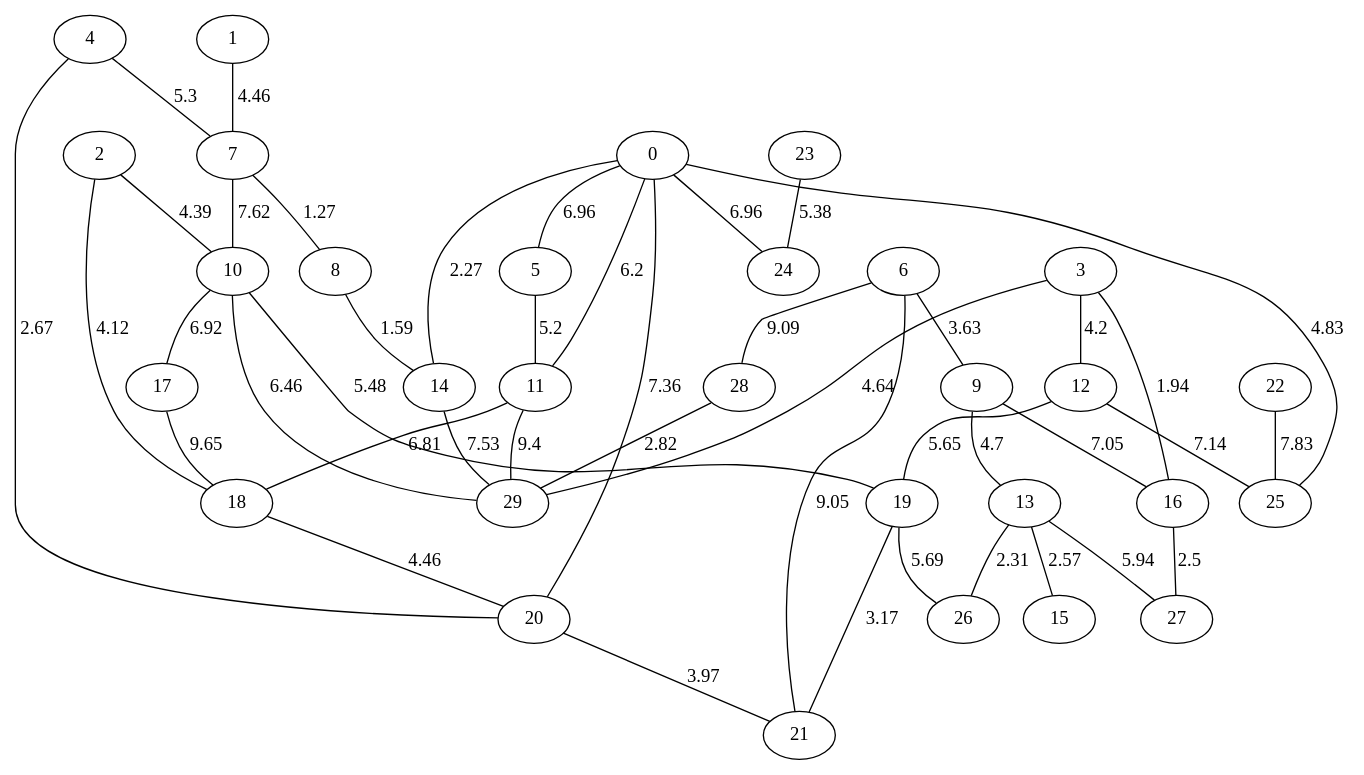
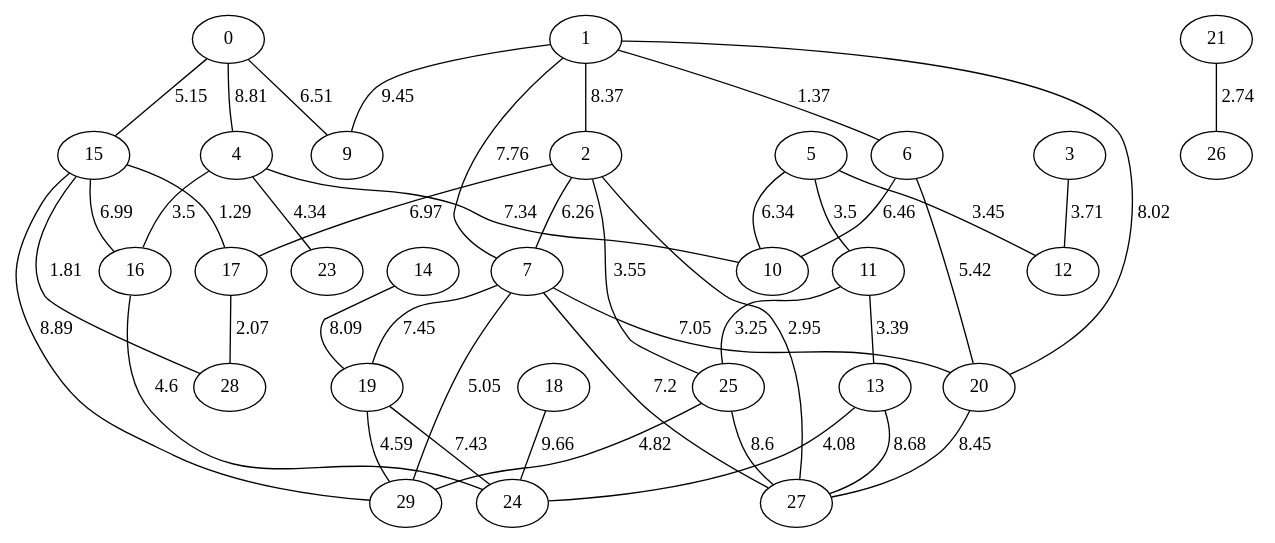
The diagram in Proyecto 4/Grafos Generados/grafo_Erdös-Rényi_30_no dirigido.gv (amorac4/DAA24), drawn with Graphviz before and after one commit. The commit also changed 65 other files, not shown here.

```diff
--- a/Proyecto 4/Grafos Generados/grafo_Erdös-Rényi_30_no dirigido.gv
+++ b/Proyecto 4/Grafos Generados/grafo_Erdös-Rényi_30_no dirigido.gv
@@ -1,75 +1,73 @@
 graph G {
 "0";
 "1";
 "2";
 "3";
 "4";
 "5";
 "6";
 "7";
-"8";
 "9";
 "10";
 "11";
 "12";
 "13";
 "14";
 "15";
 "16";
 "17";
 "18";
 "19";
 "20";
 "21";
-"22";
 "23";
 "24";
 "25";
 "26";
 "27";
 "28";
 "29";
-    "6" -- "9"[label="3.63", len="3.63"];
-    "4" -- "7"[label="5.3", len="5.3"];
-    "10" -- "17"[label="6.92", len="6.92"];
-    "0" -- "20"[label="7.36", len="7.36"];
-    "28" -- "29"[label="2.82", len="2.82"];
-    "2" -- "18"[label="4.12", len="4.12"];
-    "6" -- "28"[label="9.09", len="9.09"];
-    "19" -- "26"[label="5.69", len="5.69"];
-    "13" -- "26"[label="2.31", len="2.31"];
-    "0" -- "14"[label="2.27", len="2.27"];
-    "6" -- "21"[label="9.05", len="9.05"];
-    "8" -- "14"[label="1.59", len="1.59"];
-    "20" -- "21"[label="3.97", len="3.97"];
-    "0" -- "24"[label="6.96", len="6.96"];
-    "0" -- "11"[label="6.2", len="6.2"];
-    "7" -- "10"[label="7.62", len="7.62"];
-    "3" -- "16"[label="1.94", len="1.94"];
-    "11" -- "18"[label="6.81", len="6.81"];
-    "18" -- "20"[label="4.46", len="4.46"];
-    "19" -- "21"[label="3.17", len="3.17"];
-    "1" -- "7"[label="4.46", len="4.46"];
-    "5" -- "11"[label="5.2", len="5.2"];
-    "0" -- "25"[label="4.83", len="4.83"];
-    "13" -- "15"[label="2.57", len="2.57"];
-    "10" -- "19"[label="5.48", len="5.48"];
-    "12" -- "25"[label="7.14", len="7.14"];
-    "2" -- "10"[label="4.39", len="4.39"];
-    "9" -- "16"[label="7.05", len="7.05"];
-    "0" -- "5"[label="6.96", len="6.96"];
-    "4" -- "20"[label="2.67", len="2.67"];
-    "23" -- "24"[label="5.38", len="5.38"];
-    "14" -- "29"[label="7.53", len="7.53"];
-    "17" -- "18"[label="9.65", len="9.65"];
-    "9" -- "13"[label="4.7", len="4.7"];
-    "22" -- "25"[label="7.83", len="7.83"];
-    "3" -- "12"[label="4.2", len="4.2"];
-    "12" -- "19"[label="5.65", len="5.65"];
-    "13" -- "27"[label="5.94", len="5.94"];
-    "11" -- "29"[label="9.4", len="9.4"];
-    "16" -- "27"[label="2.5", len="2.5"];
-    "3" -- "29"[label="4.64", len="4.64"];
-    "10" -- "29"[label="6.46", len="6.46"];
-    "7" -- "8"[label="1.27", len="1.27"];
+    "25" -- "27"[label="8.6", len="8.6"];
+    "1" -- "6"[label="1.37", len="1.37"];
+    "16" -- "24"[label="4.6", len="4.6"];
+    "7" -- "29"[label="5.05", len="5.05"];
+    "1" -- "20"[label="8.02", len="8.02"];
+    "7" -- "20"[label="7.05", len="7.05"];
+    "1" -- "2"[label="8.37", len="8.37"];
+    "17" -- "28"[label="2.07", len="2.07"];
+    "19" -- "29"[label="4.59", len="4.59"];
+    "0" -- "15"[label="5.15", len="5.15"];
+    "5" -- "12"[label="3.45", len="3.45"];
+    "6" -- "10"[label="6.46", len="6.46"];
+    "7" -- "19"[label="7.45", len="7.45"];
+    "4" -- "23"[label="4.34", len="4.34"];
+    "0" -- "4"[label="8.81", len="8.81"];
+    "2" -- "27"[label="2.95", len="2.95"];
+    "20" -- "27"[label="8.45", len="8.45"];
+    "11" -- "13"[label="3.39", len="3.39"];
+    "4" -- "10"[label="7.34", len="7.34"];
+    "25" -- "29"[label="4.82", len="4.82"];
+    "21" -- "26"[label="2.74", len="2.74"];
+    "13" -- "24"[label="4.08", len="4.08"];
+    "5" -- "11"[label="3.5", len="3.5"];
+    "14" -- "19"[label="8.09", len="8.09"];
+    "7" -- "27"[label="7.2", len="7.2"];
+    "18" -- "24"[label="9.66", len="9.66"];
+    "4" -- "16"[label="3.5", len="3.5"];
+    "19" -- "24"[label="7.43", len="7.43"];
+    "15" -- "29"[label="8.89", len="8.89"];
+    "1" -- "9"[label="9.45", len="9.45"];
+    "2" -- "17"[label="6.97", len="6.97"];
+    "15" -- "17"[label="1.29", len="1.29"];
+    "2" -- "7"[label="6.26", len="6.26"];
+    "5" -- "10"[label="6.34", len="6.34"];
+    "3" -- "12"[label="3.71", len="3.71"];
+    "13" -- "27"[label="8.68", len="8.68"];
+    "15" -- "28"[label="1.81", len="1.81"];
+    "6" -- "20"[label="5.42", len="5.42"];
+    "2" -- "25"[label="3.55", len="3.55"];
+    "1" -- "7"[label="7.76", len="7.76"];
+    "0" -- "9"[label="6.51", len="6.51"];
+    "11" -- "25"[label="3.25", len="3.25"];
+    "15" -- "16"[label="6.99", len="6.99"];
 }
```
